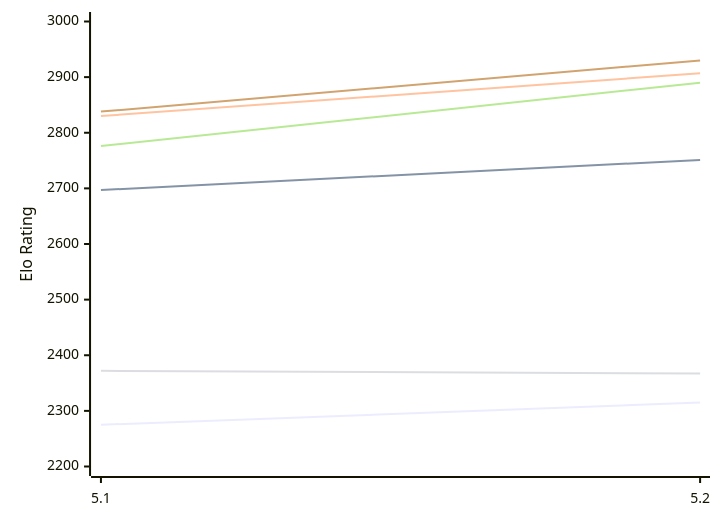
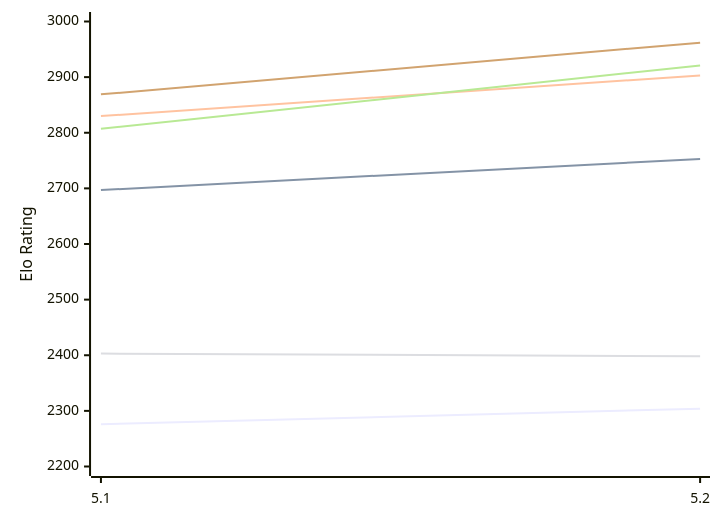
Before and after one commit to computer-chess-index/cci: the first of 2 diagrams in engines/Dorky.md, drawn with Mermaid. The commit also changed other lines of this file, not shown here.

Commit message:
Update CCI Ratings (ELO VLTC) - 2026-11-05

````diff
--- a/engines/Dorky.md
+++ b/engines/Dorky.md
@@ -50,12 +50,12 @@
 ```mermaid
 %%{init: {"theme":"base","themeVariables":{"seriesColors:['#a3a3a3','#222221','#faa371']}}}%%
 xychart-beta
   x-axis ["5.1", "5.2"]
   y-axis "Elo Rating" 2200 --> 3000
-  line "E1: STC (8.0+0.08s)" [2275, 2315]
-  line "E1: LTC (60.0+0.60s)" [2697, 2751]
-  line "E1: VLTC (2m24s+1.12s)" [2830, 2907]
-  line "P1: STC (8.0+0.08s)" [2372, 2367]
-  line "P1: LTC (60.0+0.60s)" [2776, 2890]
-  line "P1: VLTC (2m24s+1.12s)" [2838, 2930]
+  line "E1: STC (8.0+0.08s)" [2276, 2304]
+  line "E1: LTC (60.0+0.60s)" [2697, 2753]
+  line "E1: VLTC (2m24s+1.12s)" [2830, 2903]
+  line "P1: STC (8.0+0.08s)" [2403, 2398]
+  line "P1: LTC (60.0+0.60s)" [2807, 2921]
+  line "P1: VLTC (2m24s+1.12s)" [2869, 2962]
 ```
````
